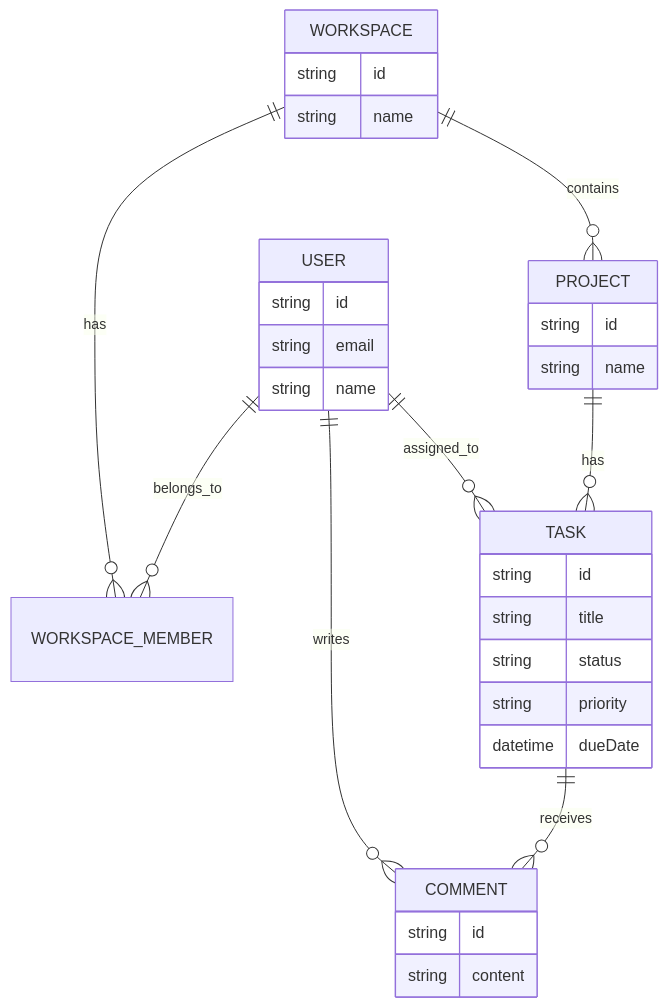
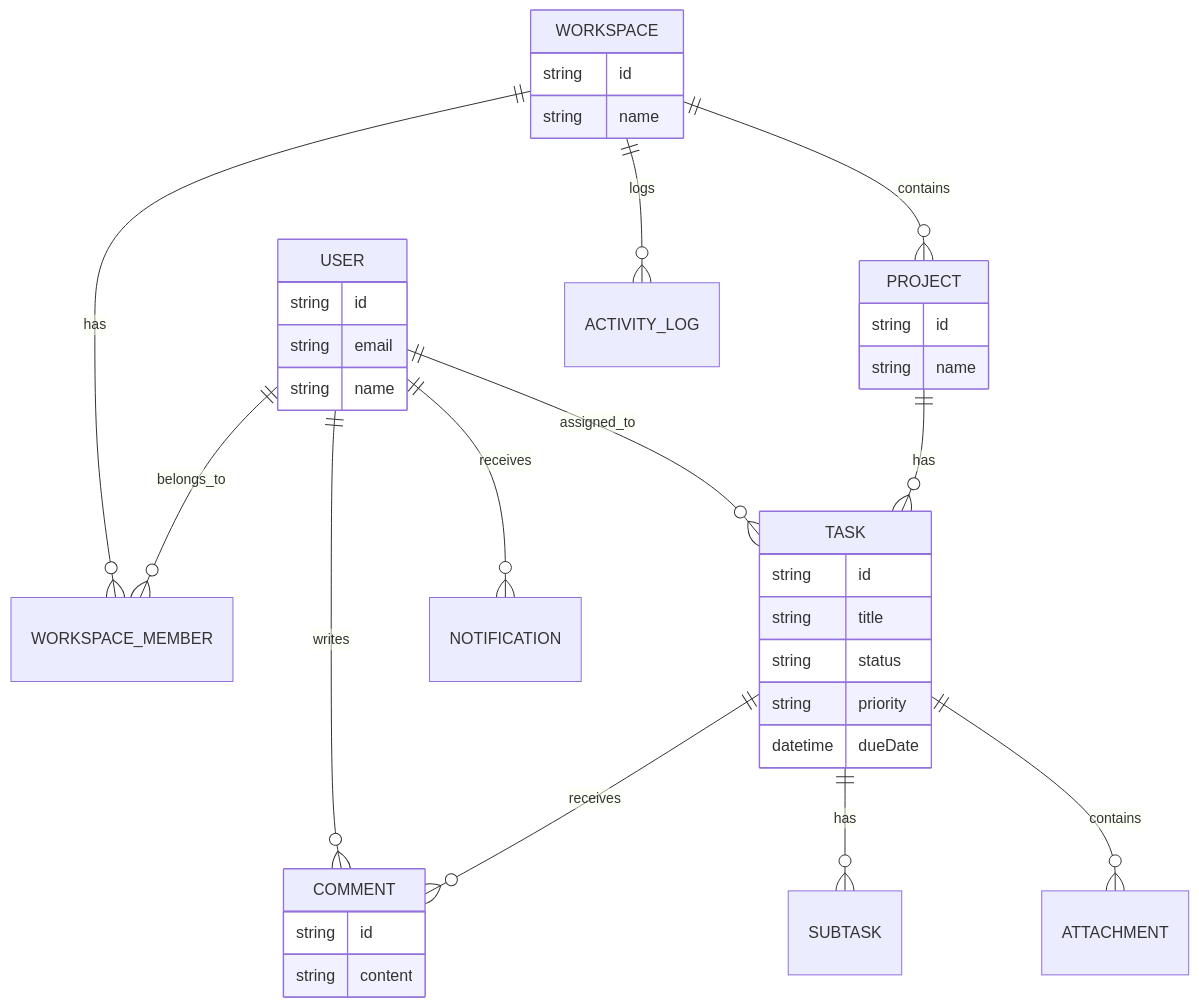
Before and after one commit to devbyhimans/Syncra: the diagram in README.md, drawn with Mermaid. The commit also changed other lines of this file and 1 other file, not shown here.

````diff
--- a/README.md
+++ b/README.md
@@ -90,39 +91,43 @@
 ```mermaid
 erDiagram
     USER ||--o{ WORKSPACE_MEMBER : belongs_to
     WORKSPACE ||--o{ WORKSPACE_MEMBER : has
     WORKSPACE ||--o{ PROJECT : contains
     PROJECT ||--o{ TASK : has
     TASK ||--o{ COMMENT : receives
     USER ||--o{ TASK : assigned_to
     USER ||--o{ COMMENT : writes
+    TASK ||--o{ SUBTASK : has
+    TASK ||--o{ ATTACHMENT : contains
+    USER ||--o{ NOTIFICATION : receives
+    WORKSPACE ||--o{ ACTIVITY_LOG : logs
 
     USER {
       string id
       string email
       string name
     }
 
     WORKSPACE {
       string id
       string name
     }
 
     PROJECT {
       string id
       string name
     }
 
     TASK {
       string id
       string title
       string status
       string priority
       datetime dueDate
     }
 
     COMMENT {
       string id
       string content
     }
 ```
````
